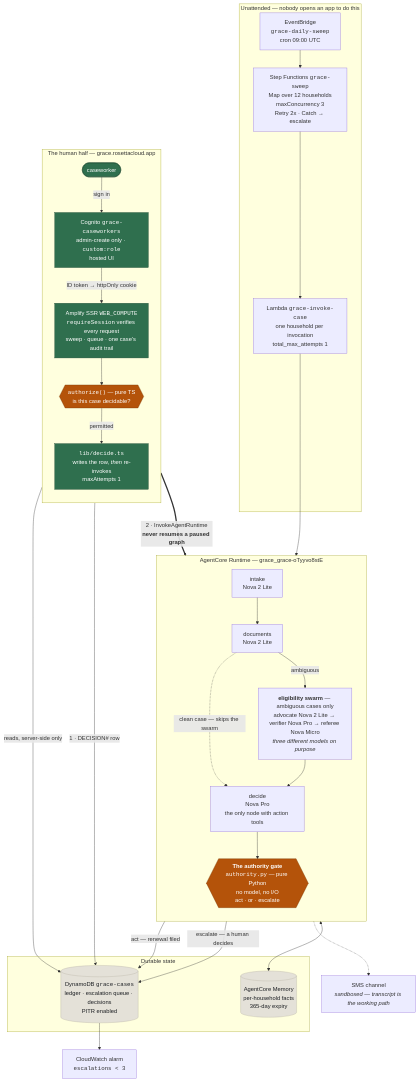
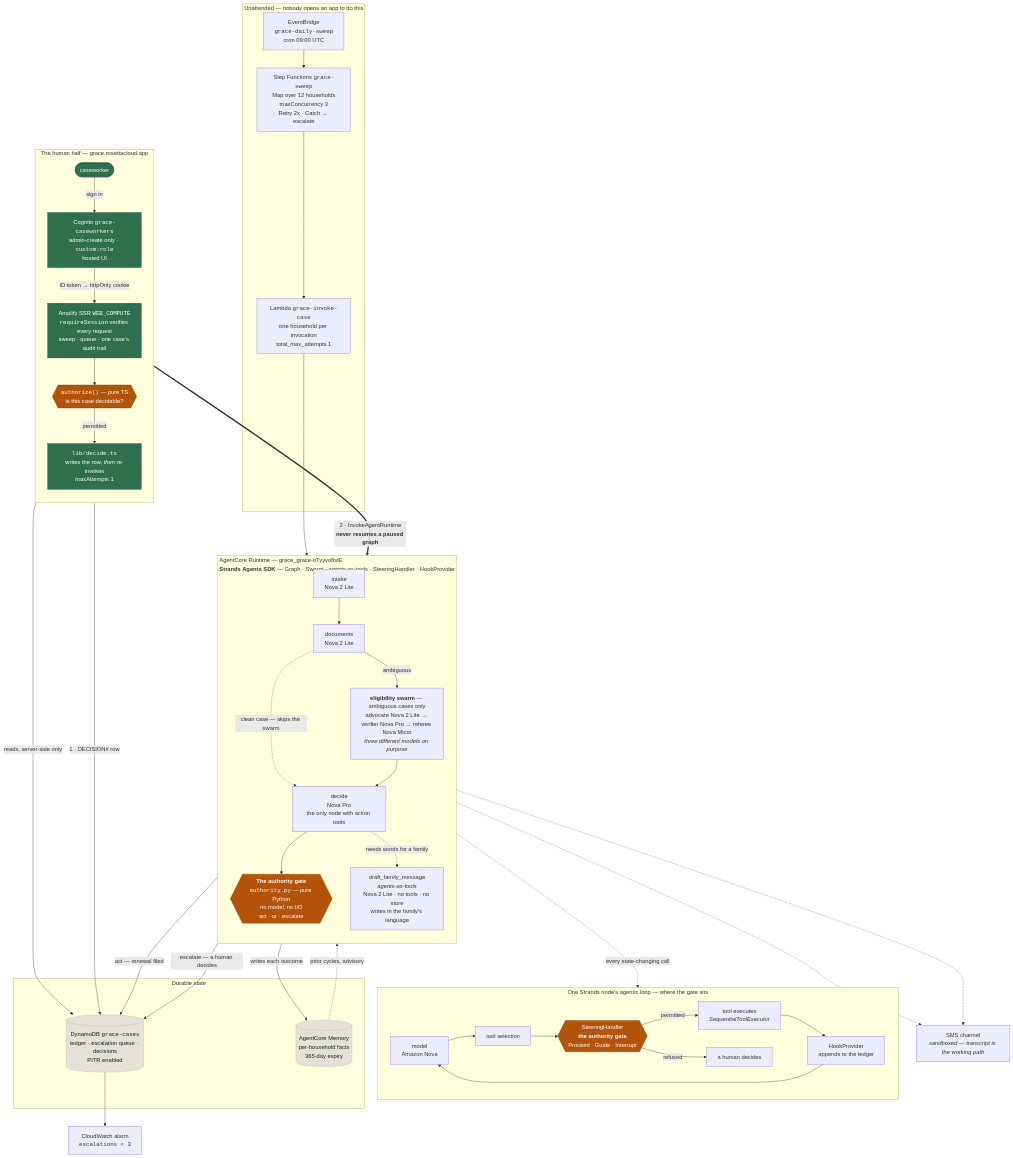
One commit to mohamedsorour1998/Grace changed the diagram in docs/architecture.md. Above: the diagram before and after it, drawn with Mermaid. The commit also changed other lines of this file and 1 other file, not shown here.

Commit message:
docs: the diagram names Strands Agents and shows the agentic loop
The hackathon FAQ lists what an architecture diagram must contain, and 'Strands
Agents: the core agent and its agentic loop (model → tools → reasoning →
response)' was the one element missing — the word appeared once in prose and
never in the diagram, while a Devpost update says naming it explicitly is one of
the first things reviewed.

Adds an inset showing one node's loop with the authority gate sitting in it as a
SteeringHandler and the LedgerHook closing it, which is also the clearest single
picture of what separates Grace from an agent with a careful prompt. The runtime
subgraph now names the SDK and all three multi-agent patterns, and the drafter
and the Memory edges are drawn as they now behave.

The PNG could not be regenerated here — mermaid-cli needs a Chrome Puppeteer can
drive and the cached download is truncated — so rather than leave a stale image
silently contradicting the source, both files now say which one is
authoritative, and the regeneration command is recorded next to the claim.

````diff
--- a/docs/architecture.md
+++ b/docs/architecture.md
@@ -13,61 +19,76 @@
 ```mermaid
 flowchart TB
     subgraph trigger["Unattended — nobody opens an app to do this"]
         EB["EventBridge<br/><code>grace-daily-sweep</code><br/>cron 09:00 UTC"]
         SFN["Step Functions <code>grace-sweep</code><br/>Map over 12 households<br/>maxConcurrency 3<br/>Retry 2x · Catch → escalate"]
         LAM["Lambda <code>grace-invoke-case</code><br/>one household per invocation<br/>total_max_attempts 1"]
     end
 
-    subgraph runtime["AgentCore Runtime — grace_grace-oTyyvo8stE"]
+    subgraph runtime["AgentCore Runtime — grace_grace-oTyyvo8stE<br/><b>Strands Agents SDK</b> — Graph · Swarm · agents-as-tools · SteeringHandler · HookProvider"]
         direction TB
         GATE{{"<b>The authority gate</b><br/><code>authority.py</code> — pure Python<br/>no model, no I/O<br/>act · or · escalate"}}
         INTAKE["intake<br/>Nova 2 Lite"]
         DOCS["documents<br/>Nova 2 Lite"]
         SWARM["<b>eligibility swarm</b> — ambiguous cases only<br/>advocate Nova 2 Lite → verifier Nova Pro → referee Nova Micro<br/><i>three different models on purpose</i>"]
         DECIDE["decide<br/>Nova Pro<br/>the only node with action tools"]
+        DRAFT["draft_family_message<br/><i>agents-as-tools</i><br/>Nova 2 Lite · no tools · no store<br/>writes in the family's language"]
+    end
+
+    subgraph loop["One Strands node's agentic loop — where the gate sits"]
+        direction LR
+        L1["model<br/>Amazon Nova"] --> L2["tool selection"]
+        L2 --> L3{{"SteeringHandler<br/><b>the authority gate</b><br/>Proceed · Guide · Interrupt"}}
+        L3 -->|"permitted"| L4["tool executes<br/><i>SequentialToolExecutor</i>"]
+        L3 -->|"refused"| L5["a human decides"]
+        L4 --> L6["HookProvider<br/>appends to the ledger"]
+        L6 --> L1
     end
 
     subgraph state["Durable state"]
         DDB[("DynamoDB <code>grace-cases</code><br/>ledger · escalation queue · decisions<br/>PITR enabled")]
         MEM[("AgentCore Memory<br/>per-household facts<br/>365-day expiry")]
     end
 
     subgraph human["The human half — grace.rosettacloud.app"]
         direction TB
         CW(["caseworker"])
         COG["Cognito <code>grace-caseworkers</code><br/>admin-create only · <code>custom:role</code><br/>hosted UI"]
         SSR["Amplify SSR <code>WEB_COMPUTE</code><br/><code>requireSession</code> verifies every request<br/>sweep · queue · one case's audit trail"]
         AUTHZ{{"<code>authorize()</code> — pure TS<br/>is this case decidable?"}}
         DEC["<code>lib/decide.ts</code><br/>writes the row, <i>then</i> re-invokes<br/>maxAttempts 1"]
     end
 
     ALARM["CloudWatch alarm<br/><code>escalations &lt; 3</code>"]
     SMS["SMS channel<br/><i>sandboxed — transcript is the working path</i>"]
 
     EB --> SFN --> LAM --> INTAKE
     INTAKE --> DOCS
     DOCS -->|"ambiguous"| SWARM
     DOCS -.->|"clean case — skips the swarm"| DECIDE
     SWARM --> DECIDE
     DECIDE --> GATE
     GATE -->|"act — renewal filed"| DDB
     GATE -->|"escalate — a human decides"| DDB
+    DECIDE -.->|"needs words for a family"| DRAFT
+    DRAFT -.-> SMS
     DECIDE -.-> SMS
-    DECIDE <--> MEM
+    DECIDE -->|"writes each outcome"| MEM
+    MEM -.->|"prior cycles, advisory"| SWARM
+    DECIDE -.->|"every state-changing call"| L3
     DDB --> ALARM
 
     CW -->|"sign in"| COG
     COG -->|"ID token → httpOnly cookie"| SSR
     SSR -->|"reads, server-side only"| DDB
     SSR --> AUTHZ
     AUTHZ -->|"permitted"| DEC
     DEC -->|"1 · DECISION# row"| DDB
     DEC ==>|"2 · InvokeAgentRuntime<br/><b>never resumes a paused graph</b>"| DECIDE
 
     classDef gate fill:#B4530A,stroke:#7a3806,color:#fff
     classDef store fill:#E4E1D8,stroke:#b8b3a5,color:#1C1F23
     classDef human fill:#2F6F4E,stroke:#1f4a34,color:#fff
-    class GATE,AUTHZ gate
+    class GATE,AUTHZ,L3 gate
     class DDB,MEM store
     class CW,COG,SSR,DEC human
 ```
````
